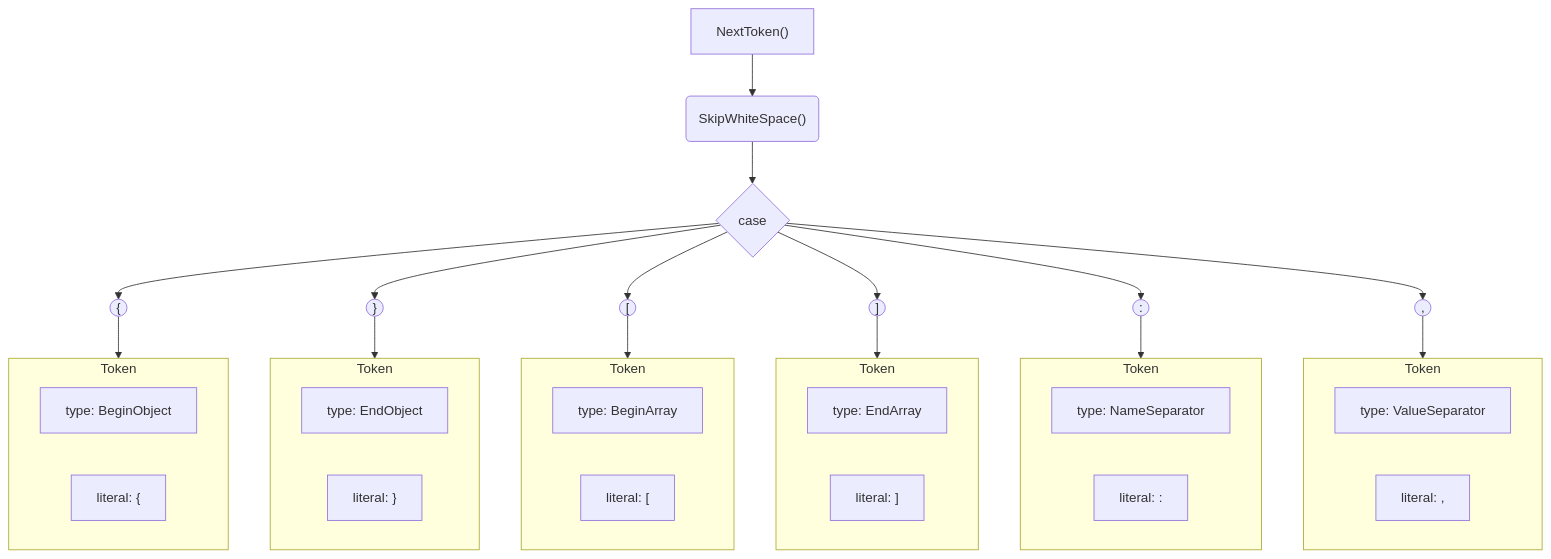
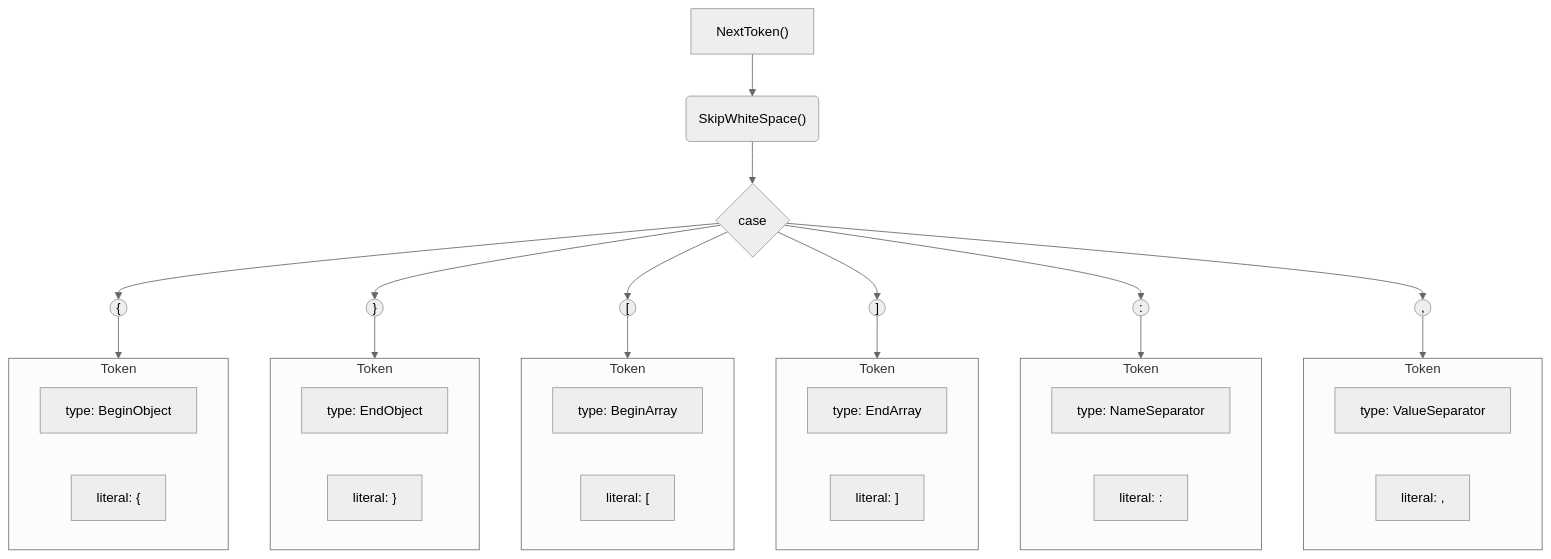
One commit to priyanshsao/coding-challenges-go changed the diagram in challenge-02/diagrams/lexer.mmd. Above: the diagram before and after it, drawn with Mermaid.

Commit message:
feat(diagrams): add theme in lexer.mmd

```diff
--- a/challenge-02/diagrams/lexer.mmd
+++ b/challenge-02/diagrams/lexer.mmd
@@ -1,51 +1,56 @@
+---
+config:
+    theme: neutral
+---
+
 flowchart TD
 
     %% base structure
     root["NextToken()"] --> sws("SkipWhiteSpace()") --> case{case}
 
     %% Characters
     bo(("{"))
     eo(("}"))
     ba(("[")) 
     ea(("]"))
     ns((":"))
     vs((","))
 
     %% Return values
     subgraph Rt1["Token"]
         t1["type: BeginObject"]
         l1["literal: {"]
     end
 
     subgraph Rt2["Token"]
         t2["type: EndObject"]
         l2["literal: }"]
     end
 
     subgraph Rt3["Token"]
         t3["type: BeginArray"]
         l3["literal: ["]
     end
 
     subgraph Rt4["Token"]
         t4["type: EndArray"]
         l4["literal: ]"]
     end
 
     subgraph Rt5["Token"]
         t5["type: NameSeparator"]
         l5["literal: :"]
     end
 
     subgraph Rt6["Token"]
         t6["type: ValueSeparator"]
         l6["literal: ,"]
     end
 
     %% Flow
     case --> bo --> Rt1
     case --> eo --> Rt2
     case --> ba --> Rt3
     case --> ea --> Rt4
     case --> ns --> Rt5
     case --> vs --> Rt6
```
